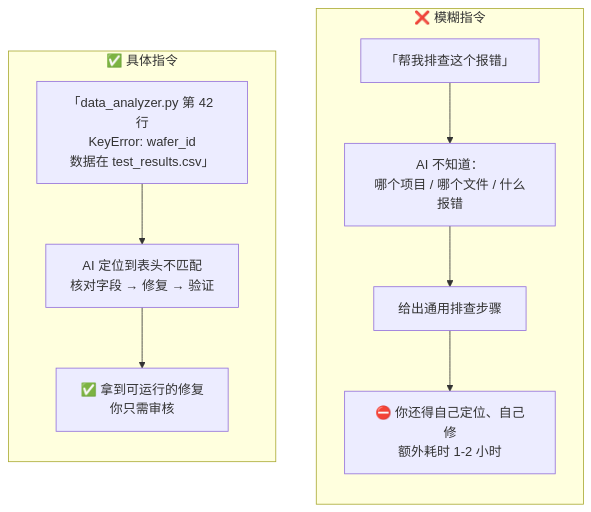
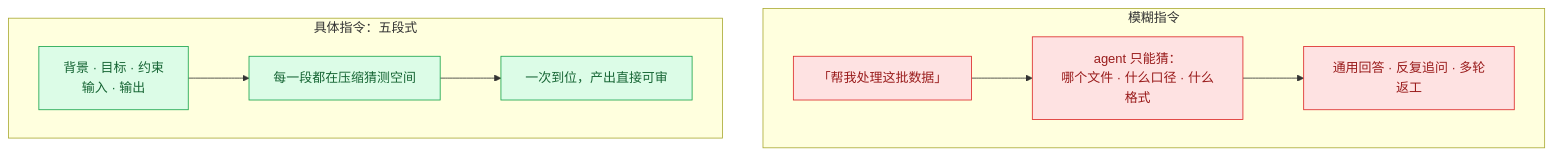
Before and after one commit to masonsxu/notes: the seventh of 10 diagrams in ppt/ppt2-advanced/opencode-advanced-techniques.md, drawn with Mermaid. The commit also changed other lines of this file and 1 other file, not shown here.

````diff
--- a/ppt/ppt2-advanced/opencode-advanced-techniques.md
+++ b/ppt/ppt2-advanced/opencode-advanced-techniques.md
@@ -169,18 +364,14 @@
 ```mermaid
 flowchart TB
-    subgraph M["❌ 模糊指令"]
-        direction TB
-        M1["「帮我排查这个报错」"]
-        M2["AI 不知道：<br/>哪个项目 / 哪个文件 / 什么报错"]
-        M3["给出通用排查步骤"]
-        M4["⛔ 你还得自己定位、自己修<br/>额外耗时 1-2 小时"]
-        M1 --> M2 --> M3 --> M4
+    classDef risk fill:#FEE2E2,stroke:#DC2626,color:#991B1B
+    classDef gate fill:#DCFCE7,stroke:#16A34A,color:#166534
+
+    subgraph M["模糊指令"]
+        M1["「帮我处理这批数据」"]:::risk --> M2["agent 只能猜：<br/>哪个文件 · 什么口径 · 什么格式"]:::risk
+        M2 --> M3["通用回答 · 反复追问 · 多轮返工"]:::risk
     end
-    subgraph S["✅ 具体指令"]
-        direction TB
-        S1["「data_analyzer.py 第 42 行<br/>KeyError: wafer_id<br/>数据在 test_results.csv」"]
-        S2["AI 定位到表头不匹配<br/>核对字段 → 修复 → 验证"]
-        S3["✅ 拿到可运行的修复<br/>你只需审核"]
-        S1 --> S2 --> S3
+    subgraph S["具体指令：五段式"]
+        S1["背景 · 目标 · 约束<br/>输入 · 输出"]:::gate --> S2["每一段都在压缩猜测空间"]:::gate
+        S2 --> S3["一次到位，产出直接可审"]:::gate
     end
 ```
````
